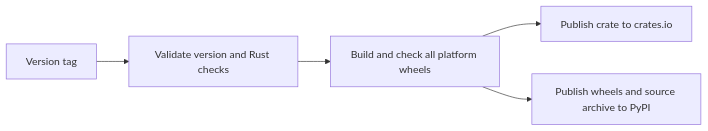
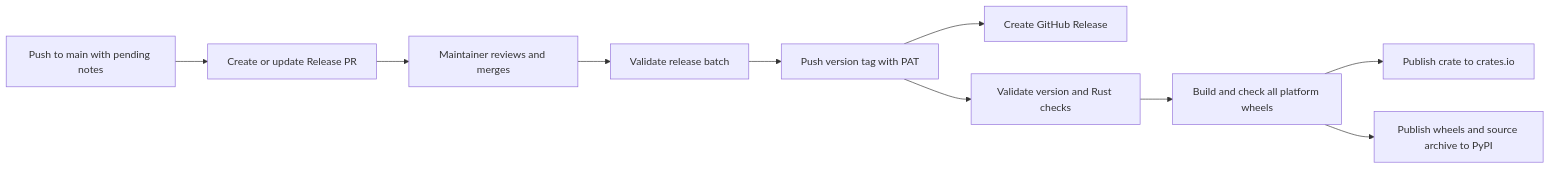
The diagram in docs/publishing.md (narumiruna/brachio), drawn with Mermaid before and after one commit. The commit also changed other lines of this file and 2 other files, not shown here.

Commit message:
ci: add PAT-authenticated release workflow

````diff
--- a/docs/publishing.md
+++ b/docs/publishing.md
@@ -92,7 +127,12 @@
 ```mermaid
 flowchart LR
-    Tag[Version tag] --> Validate[Validate version and Rust checks]
+    Main[Push to main with pending notes] --> PR[Create or update Release PR]
+    PR --> Merge[Maintainer reviews and merges]
+    Merge --> Batch[Validate release batch]
+    Batch --> Tag[Push version tag with PAT]
+    Tag --> GitHub[Create GitHub Release]
+    Tag --> Validate[Validate version and Rust checks]
     Validate --> Wheels[Build and check all platform wheels]
     Wheels --> Crates[Publish crate to crates.io]
     Wheels --> PyPI[Publish wheels and source archive to PyPI]
 ```
````
